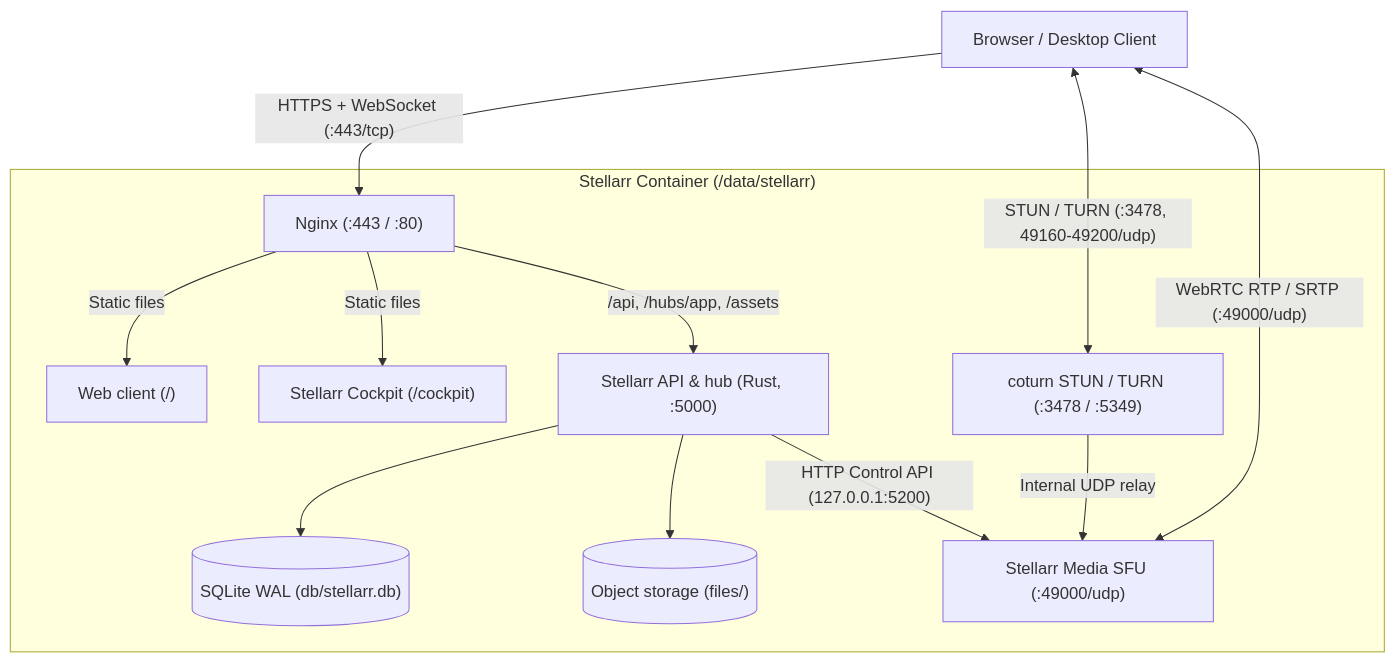
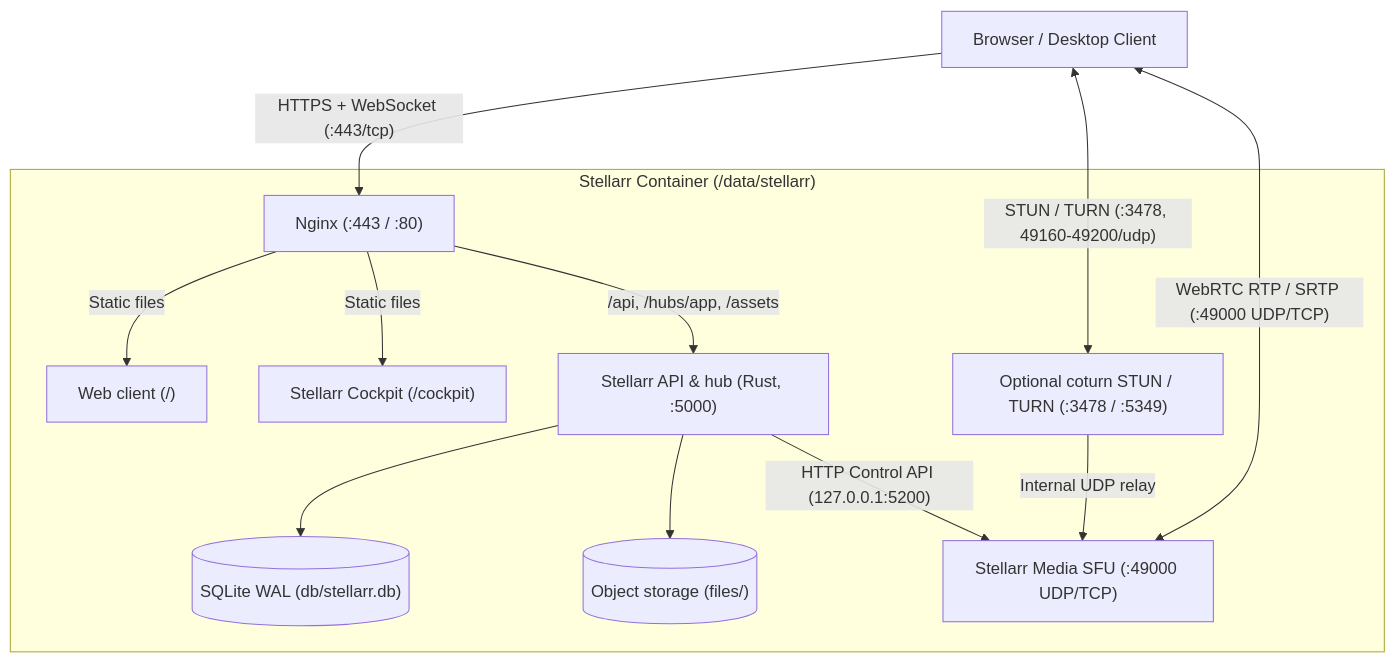
One commit to Arkazzae/Stellar changed the diagram in docs/architecture.md. Above: the diagram before and after it, drawn with Mermaid. The commit also changed other lines of this file and 15 other files, not shown here.

````diff
--- a/docs/architecture.md
+++ b/docs/architecture.md
@@ -9,27 +9,27 @@
 ```mermaid
 flowchart TD
     Browser["Browser / Desktop Client"]
 
     subgraph Container["Stellarr Container (/data/stellarr)"]
         Nginx["Nginx (:443 / :80)"]
         Web["Web client (/)"]
         Cockpit["Stellarr Cockpit (/cockpit)"]
         Api["Stellarr API & hub (Rust, :5000)"]
         Sqlite[("SQLite WAL (db/stellarr.db)")]
         Files[("Object storage (files/)")]
-        Coturn["coturn STUN / TURN (:3478 / :5349)"]
-        Media["Stellarr Media SFU (:49000/udp)"]
+        Coturn["Optional coturn STUN / TURN (:3478 / :5349)"]
+        Media["Stellarr Media SFU (:49000 UDP/TCP)"]
 
         Nginx -->|"Static files"| Web
         Nginx -->|"Static files"| Cockpit
         Nginx -->|"/api, /hubs/app, /assets"| Api
         Api --> Sqlite
         Api --> Files
         Api -->|"HTTP Control API (127.0.0.1:5200)"| Media
         Coturn -->|"Internal UDP relay"| Media
     end
 
     Browser -->|"HTTPS + WebSocket (:443/tcp)"| Nginx
     Browser <-->|"STUN / TURN (:3478, 49160-49200/udp)"| Coturn
-    Browser <-->|"WebRTC RTP / SRTP (:49000/udp)"| Media
+    Browser <-->|"WebRTC RTP / SRTP (:49000 UDP/TCP)"| Media
 ```
````
